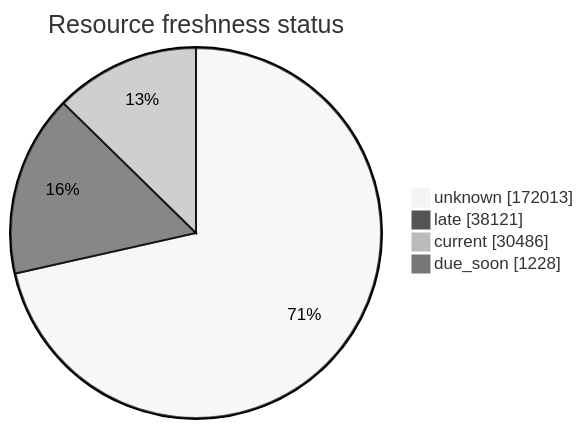
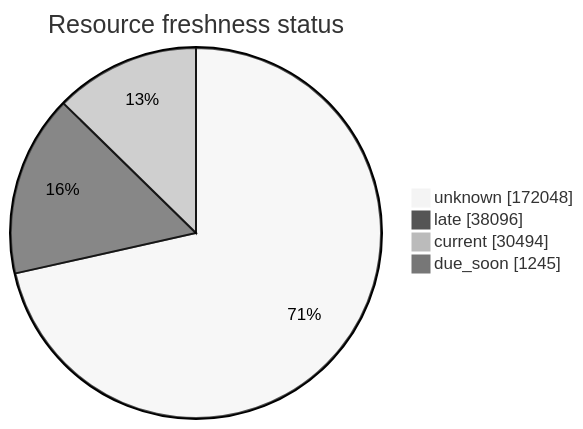
Before and after one commit to open-data/analytics-corporate-reporting: the third of 5 diagrams in FreshCheck/README.md, drawn with Mermaid (neutral theme). The commit also changed other lines of this file and 3 other files, not shown here.

````diff
--- a/FreshCheck/README.md
+++ b/FreshCheck/README.md
@@ -77,7 +77,7 @@
 ```mermaid
 pie showData title Resource freshness status
-    "unknown": 172013
-    "late": 38121
-    "current": 30486
-    "due_soon": 1228
+    "unknown": 172048
+    "late": 38096
+    "current": 30494
+    "due_soon": 1245
 ```
````
